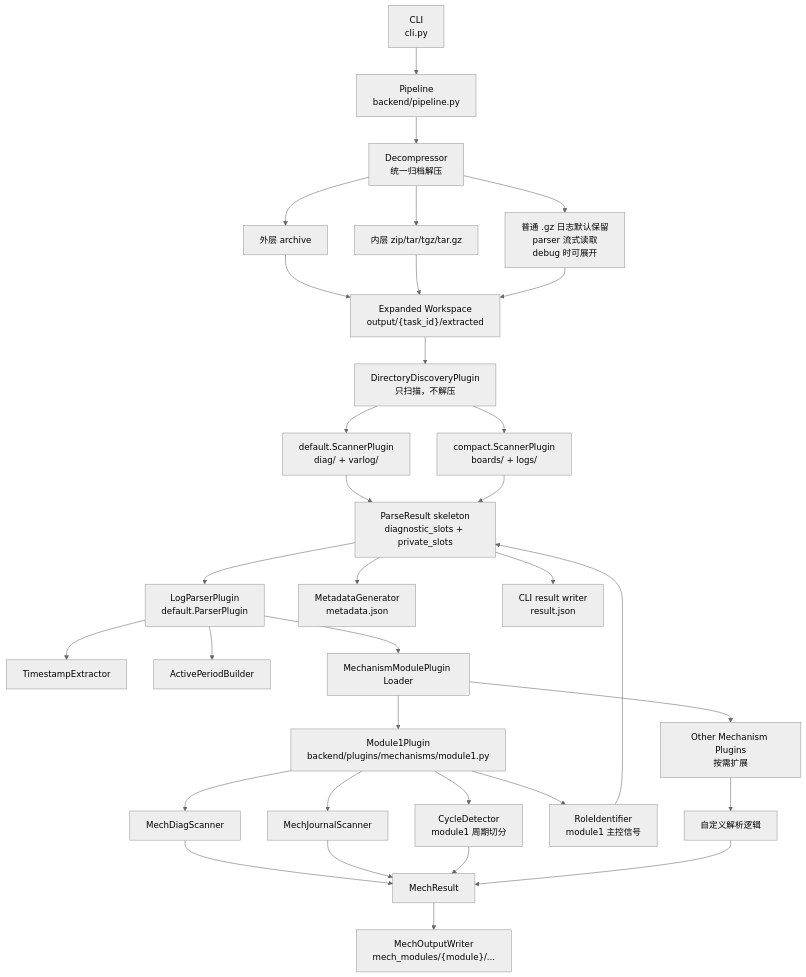
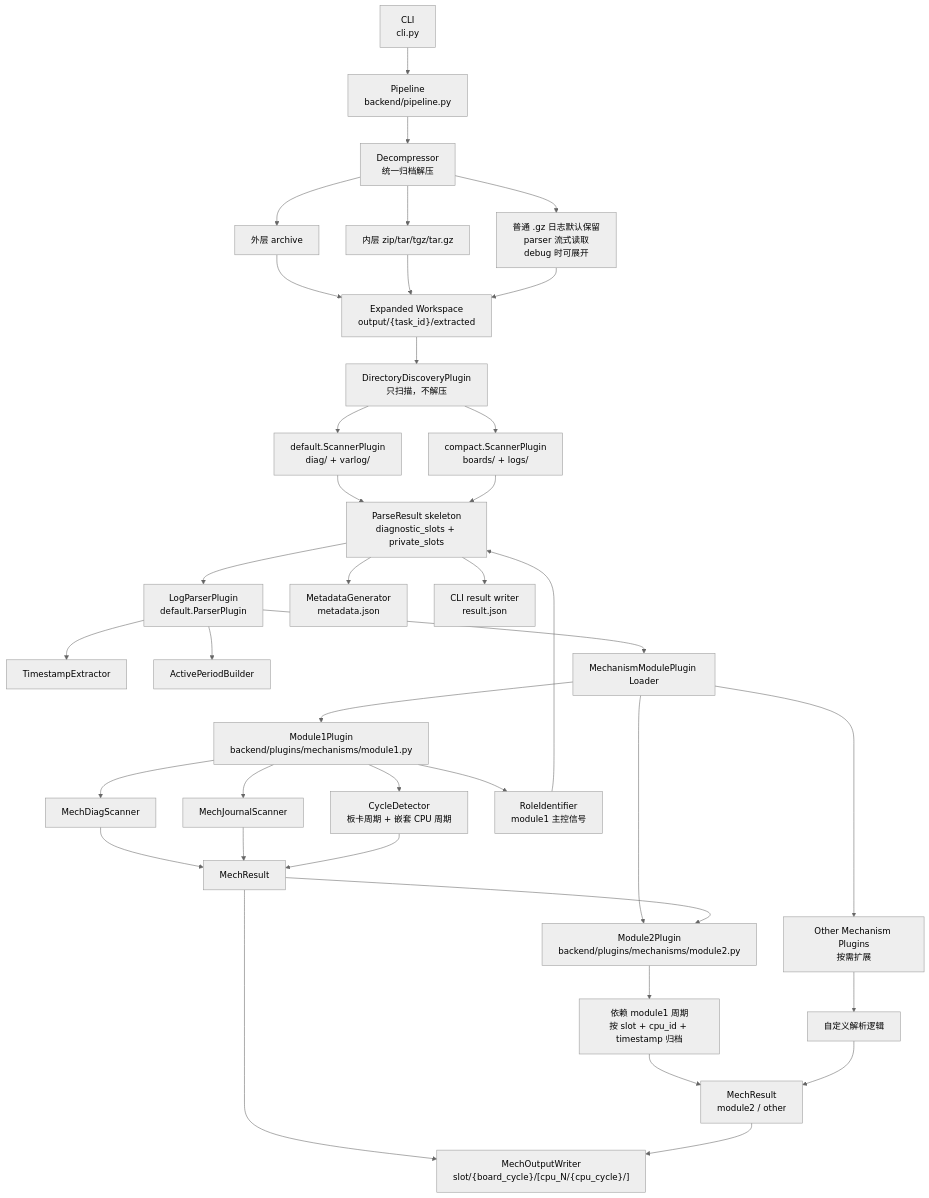
Before and after one commit to superdong1992/logparse: the diagram in docs/architecture.md, drawn with Mermaid (neutral theme). The commit also changed other lines of this file and 9 other files, not shown here.

````diff
--- a/docs/architecture.md
+++ b/docs/architecture.md
@@ -5,41 +5,47 @@
 ```mermaid
 flowchart TD
     A["CLI<br/>cli.py"] --> B["Pipeline<br/>backend/pipeline.py"]
 
     B --> C["Decompressor<br/>统一归档解压"]
     C --> C1["外层 archive"]
     C --> C2["内层 zip/tar/tgz/tar.gz"]
     C --> C3["普通 .gz 日志默认保留<br/>parser 流式读取<br/>debug 时可展开"]
     C1 --> D["Expanded Workspace<br/>output/{task_id}/extracted"]
     C2 --> D
     C3 --> D
 
     D --> E["DirectoryDiscoveryPlugin<br/>只扫描，不解压"]
     E --> E1["default.ScannerPlugin<br/>diag/ + varlog/"]
     E --> E2["compact.ScannerPlugin<br/>boards/ + logs/"]
     E1 --> F["ParseResult skeleton<br/>diagnostic_slots + private_slots"]
     E2 --> F
 
     F --> G["LogParserPlugin<br/>default.ParserPlugin"]
     G --> G1["TimestampExtractor"]
     G --> G2["ActivePeriodBuilder"]
     G --> H["MechanismModulePlugin Loader"]
 
     H --> I["Module1Plugin<br/>backend/plugins/mechanisms/module1.py"]
     I --> I1["MechDiagScanner"]
     I --> I2["MechJournalScanner"]
-    I --> I3["CycleDetector<br/>module1 周期切分"]
+    I --> I3["CycleDetector<br/>板卡周期 + 嵌套 CPU 周期"]
     I --> I4["RoleIdentifier<br/>module1 主控信号"]
     I1 --> J["MechResult"]
     I2 --> J
     I3 --> J
     I4 --> F
 
-    H --> K["Other Mechanism Plugins<br/>按需扩展"]
-    K --> K1["自定义解析逻辑"]
-    K1 --> J
+    H --> K["Module2Plugin<br/>backend/plugins/mechanisms/module2.py"]
+    J --> K
+    K --> K1["依赖 module1 周期<br/>按 slot + cpu_id + timestamp 归档"]
+    K1 --> J2["MechResult<br/>module2 / other"]
 
-    J --> L["MechOutputWriter<br/>mech_modules/{module}/..."]
+    H --> O["Other Mechanism Plugins<br/>按需扩展"]
+    O --> O1["自定义解析逻辑"]
+    O1 --> J2
+
+    J --> L["MechOutputWriter<br/>slot/{board_cycle}/[cpu_N/{cpu_cycle}/]"]
+    J2 --> L
     F --> M["MetadataGenerator<br/>metadata.json"]
     F --> N["CLI result writer<br/>result.json"]
 ```
````
